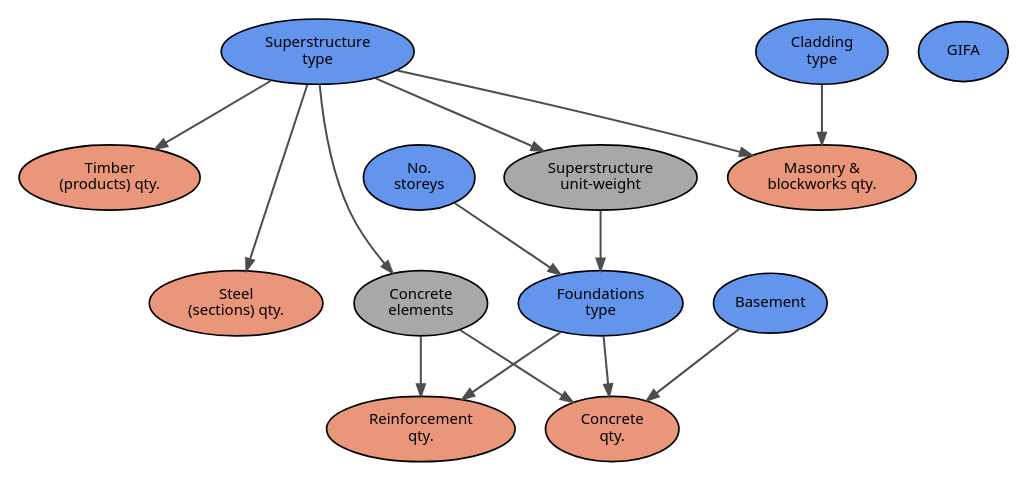
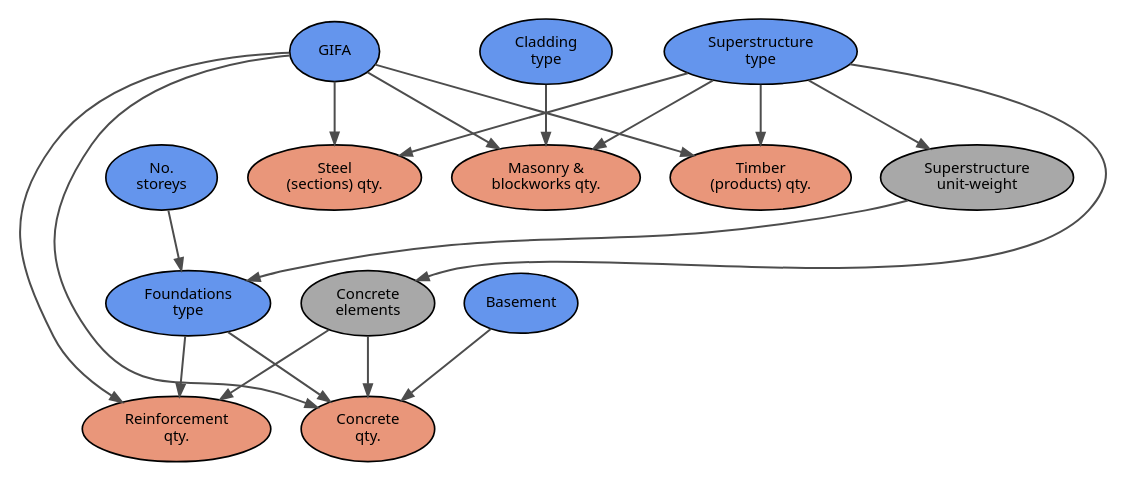
Before and after one commit to bernardinodamico/Probabilistic_carbon_building_structures: the diagram in DAG_Script/DAG.gv, drawn with Graphviz. The commit also changed 9 other files, not shown here.

```diff
--- a/DAG_Script/DAG.gv
+++ b/DAG_Script/DAG.gv
@@ -1,80 +1,89 @@
 digraph G {
-	graph [K=100.6,
-		dim=2,
-		sep=5.2,
+	graph [mindist=0.1,
+		oneblock=true,
 		splines=true
 	];
 	node [concentrate=true,
 		fillcolor=darksalmon,
 		fontname=Sans,
 		fontsize=9,
 		penwidth=1,
 		shape=oval,
 		style=filled
 	];
 	edge [arrowhead=normal,
 		arrowsize=0.7,
 		color=gray30,
 		penwidth=1.2
 	];
 	"Superstructure 
 unit-weight"	[concentrate="",
 		fillcolor=gray66];
 	"Foundations 
 type"	[fillcolor=cornflowerblue,
 		penwidth=1.];
 	"Superstructure 
 unit-weight" -> "Foundations 
 type";
 	"Concrete 
 elements"	[concentrate="",
 		fillcolor=gray66];
 	"Concrete 
+elements" -> "Concrete 
+qty.";
+	"Concrete 
 elements" -> "Reinforcement 
 qty.";
-	"Concrete 
-elements" -> "Concrete 
-qty.";
-	"No. 
-storeys"	[fillcolor=cornflowerblue,
-		penwidth=1.];
-	"No. 
-storeys" -> "Foundations 
-type"	[minlen=1];
 	"Cladding 
 type"	[fillcolor=cornflowerblue,
 		penwidth=1.];
 	"Cladding 
 type" -> "Masonry & 
 blockworks qty."	[minlen=1];
 	"Superstructure 
 type"	[fillcolor=cornflowerblue,
 		penwidth=1.];
 	"Superstructure 
 type" -> "Superstructure 
 unit-weight";
 	"Superstructure 
 type" -> "Concrete 
 elements";
 	"Superstructure 
+type" -> "Timber 
+(products) qty.";
+	"Superstructure 
+type" -> "Steel 
+(sections) qty.";
+	"Superstructure 
 type" -> "Masonry & 
 blockworks qty.";
-	"Superstructure 
-type" -> "Timber 
-(products) qty."	[minlen=1];
-	"Superstructure 
-type" -> "Steel 
-(sections) qty."	[minlen=2];
+	GIFA	[fillcolor=cornflowerblue,
+		penwidth=1.];
+	GIFA -> "Concrete 
+qty.";
+	GIFA -> "Timber 
+(products) qty.";
+	GIFA -> "Steel 
+(sections) qty.";
+	GIFA -> "Reinforcement 
+qty.";
+	GIFA -> "Masonry & 
+blockworks qty.";
+	"No. 
+storeys"	[fillcolor=cornflowerblue,
+		penwidth=1.];
+	"No. 
+storeys" -> "Foundations 
+type"	[minlen=1];
 	Basement	[fillcolor=cornflowerblue,
 		penwidth=1.];
 	Basement -> "Concrete 
 qty."	[minlen=1];
 	"Foundations 
+type" -> "Concrete 
+qty.";
+	"Foundations 
 type" -> "Reinforcement 
 qty.";
-	"Foundations 
-type" -> "Concrete 
-qty.";
-	GIFA	[fillcolor=cornflowerblue,
-		penwidth=1.];
 }
```
